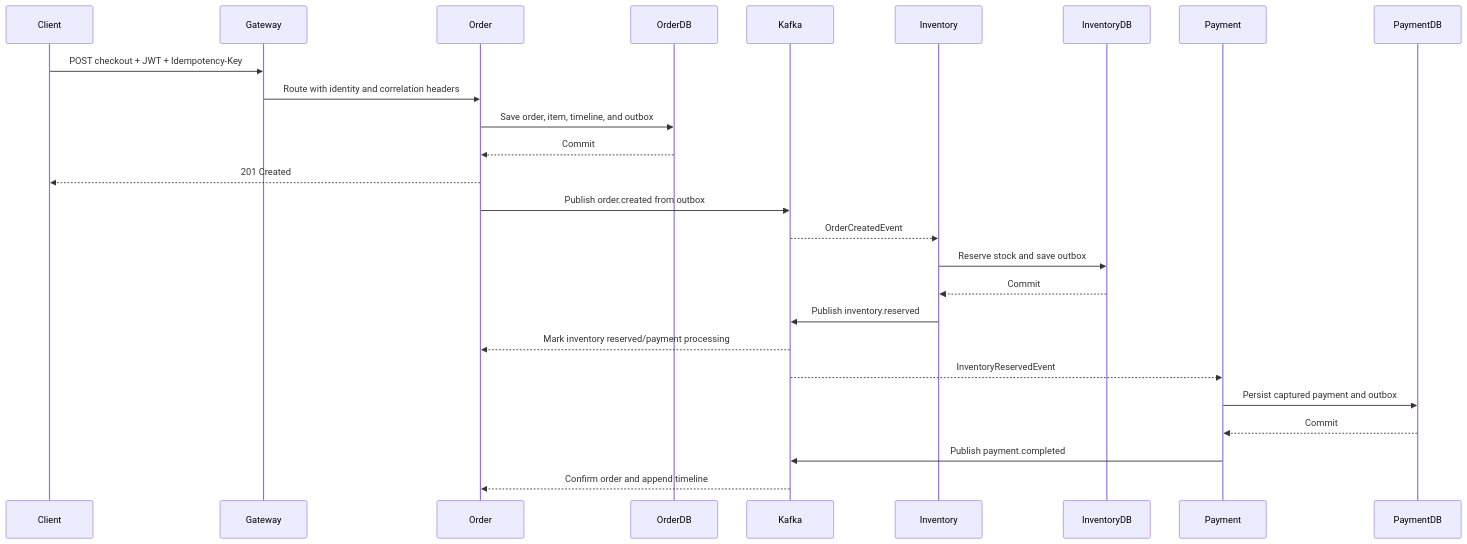
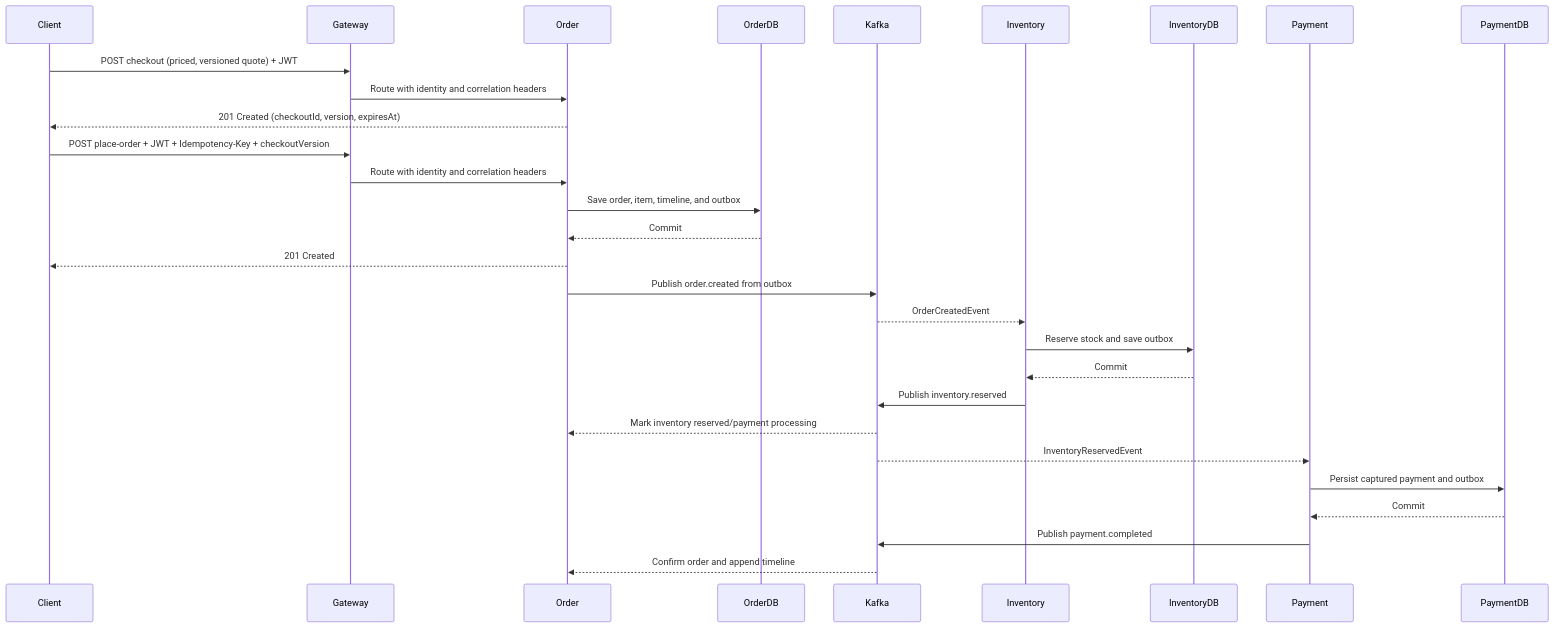
One commit to taukhir/shopverse changed the third of 6 diagrams in docs/architecture/CHECKOUT-SECURITY-EVENT-FLOWS.md. Above: the diagram before and after it, drawn with Mermaid. The commit also changed 7 other files, not shown here.

````diff
--- a/docs/architecture/CHECKOUT-SECURITY-EVENT-FLOWS.md
+++ b/docs/architecture/CHECKOUT-SECURITY-EVENT-FLOWS.md
@@ -56,29 +56,32 @@
 ```mermaid
 sequenceDiagram
     participant Client
     participant Gateway
     participant Order
     participant OrderDB
     participant Kafka
     participant Inventory
     participant InventoryDB
     participant Payment
     participant PaymentDB
 
-    Client->>Gateway: POST checkout + JWT + Idempotency-Key
+    Client->>Gateway: POST checkout (priced, versioned quote) + JWT
+    Gateway->>Order: Route with identity and correlation headers
+    Order-->>Client: 201 Created (checkoutId, version, expiresAt)
+    Client->>Gateway: POST place-order + JWT + Idempotency-Key + checkoutVersion
     Gateway->>Order: Route with identity and correlation headers
     Order->>OrderDB: Save order, item, timeline, and outbox
     OrderDB-->>Order: Commit
     Order-->>Client: 201 Created
     Order->>Kafka: Publish order.created from outbox
     Kafka-->>Inventory: OrderCreatedEvent
     Inventory->>InventoryDB: Reserve stock and save outbox
     InventoryDB-->>Inventory: Commit
     Inventory->>Kafka: Publish inventory.reserved
     Kafka-->>Order: Mark inventory reserved/payment processing
     Kafka-->>Payment: InventoryReservedEvent
     Payment->>PaymentDB: Persist captured payment and outbox
     PaymentDB-->>Payment: Commit
     Payment->>Kafka: Publish payment.completed
     Kafka-->>Order: Confirm order and append timeline
 ```
````
